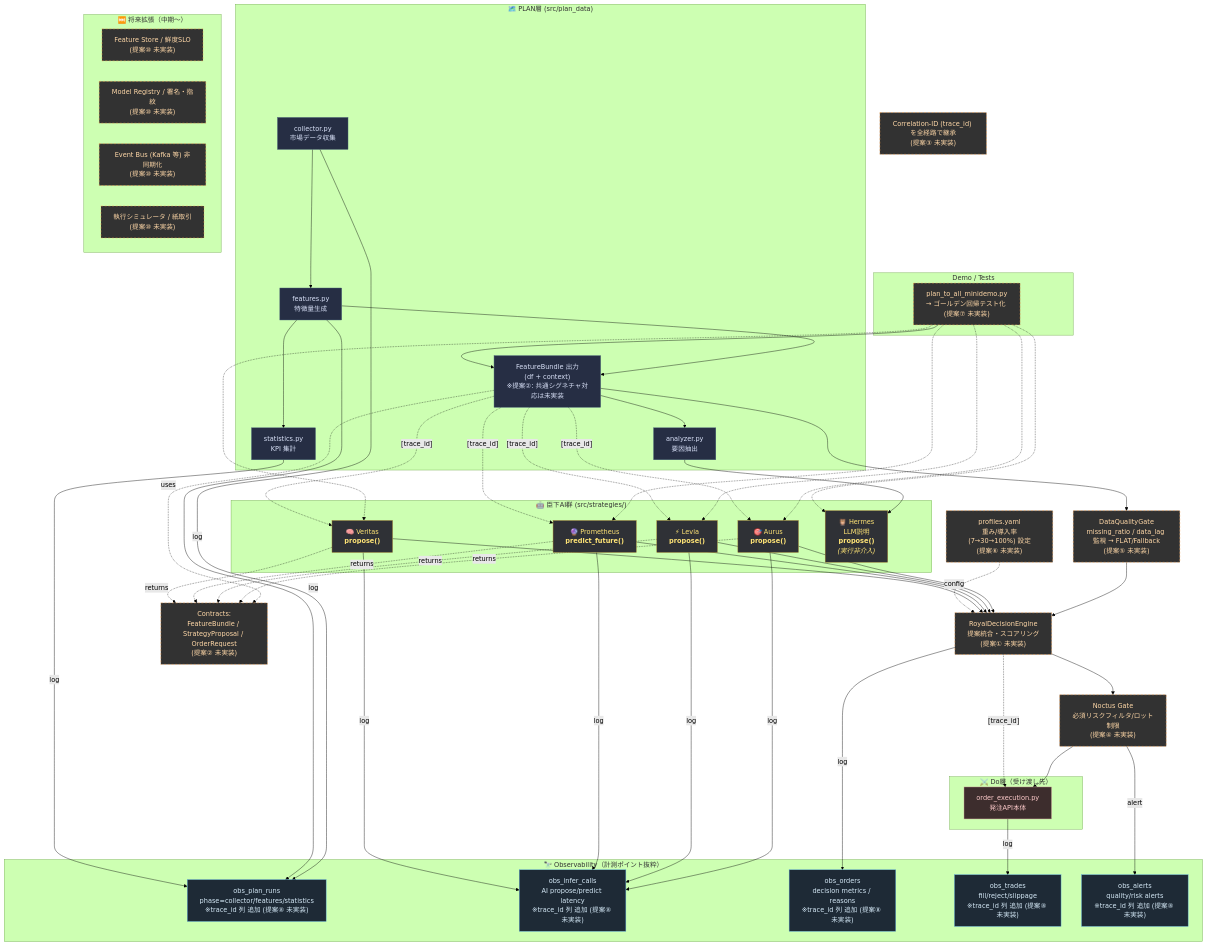
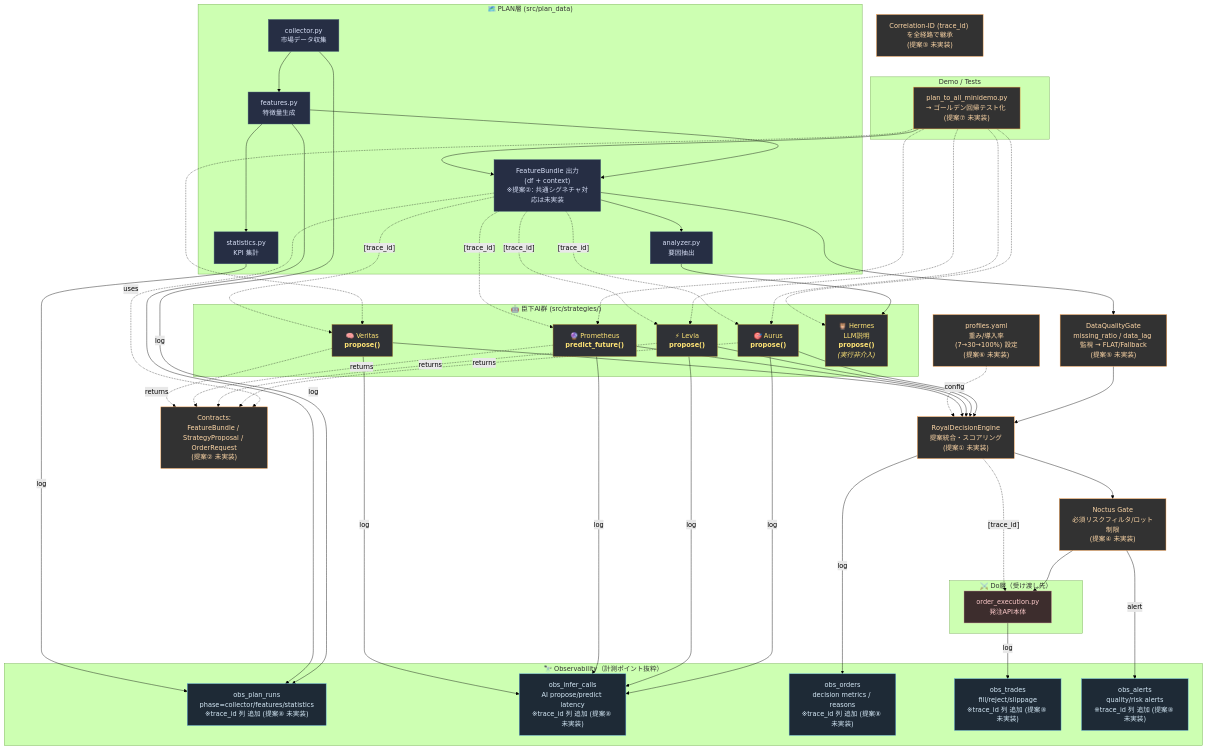
One commit to Noctria/noctria_kingdom changed the diagram in docs/architecture/diagrams/plan_layer.mmd. Above: the diagram before and after it, drawn with Mermaid (forest theme).

````diff
--- a/docs/architecture/diagrams/plan_layer.mmd
+++ b/docs/architecture/diagrams/plan_layer.mmd
@@ -1,117 +1,109 @@
 ```mermaid
 flowchart TD
 
-  %% ======= STYLES =======
-  classDef plan fill:#262e44,stroke:#47617a,color:#d8e0f7;
-  classDef ai fill:#2f3136,stroke:#a97e2c,color:#ffe476;
-  classDef do fill:#3d2d2d,stroke:#cc9999,color:#ffcccc;
-  classDef todo fill:#323232,stroke:#ff9f43,color:#ffd8a8,stroke-dasharray: 5 4;
-  classDef obs fill:#1e2a36,stroke:#5dade2,color:#d6eaf8;
+%% ======= STYLES (GitHub-safe) =======
+classDef plan fill:#262e44,stroke:#47617a,color:#d8e0f7;
+classDef ai fill:#2f3136,stroke:#a97e2c,color:#ffe476;
+classDef do fill:#3d2d2d,stroke:#cc9999,color:#ffcccc;
+classDef todo fill:#323232,stroke:#ff9f43,color:#ffd8a8;
+classDef obs fill:#1e2a36,stroke:#5dade2,color:#d6eaf8;
 
-  %% ======= PLAN 層 =======
-  subgraph PLAN["🗺️ PLAN層 (src/plan_data)"]
-    COLLECT["collector.py<br/>市場データ収集"]:::plan
-    FEATURES["features.py<br/>特徴量生成"]:::plan
-    FEATDF["FeatureBundle 出力<br/>(df + context)<br/>※提案②: 共通シグネチャ対応は未実装"]:::plan
-    ANALYZER["analyzer.py<br/>要因抽出"]:::plan
-    STATS["statistics.py<br/>KPI 集計"]:::plan
-  end
+%% ======= PLAN 層 =======
+subgraph PLAN["🗺️ PLAN層 (src/plan_data)"]
+  COLLECT["collector.py<br/>市場データ収集"]:::plan
+  FEATURES["features.py<br/>特徴量生成"]:::plan
+  FEATDF["FeatureBundle 出力<br/>(df + context)<br/>※提案②: 共通シグネチャ対応は未実装"]:::plan
+  ANALYZER["analyzer.py<br/>要因抽出"]:::plan
+  STATS["statistics.py<br/>KPI 集計"]:::plan
+end
 
-  %% ======= AI 臣下（実行非介入の Hermes を含む） =======
-  subgraph AI_UNDERLINGS["🤖 臣下AI群 (src/strategies/)"]
-    AURUS["🎯 Aurus<br/><b>propose()</b>"]:::ai
-    LEVIA["⚡ Levia<br/><b>propose()</b>"]:::ai
-    PROM["🔮 Prometheus<br/><b>predict_future()</b>"]:::ai
-    VERITAS["🧠 Veritas<br/><b>propose()</b>"]:::ai
-    HERMES["🦉 Hermes<br/>LLM説明<br/><b>propose()</b><br/><i>(実行非介入)</i>"]:::ai
-  end
+%% ======= AI 臣下（Hermesは実行非介入） =======
+subgraph AI_UNDERLINGS["🤖 臣下AI群 (src/strategies/)"]
+  AURUS["🎯 Aurus<br/><b>propose()</b>"]:::ai
+  LEVIA["⚡ Levia<br/><b>propose()</b>"]:::ai
+  PROM["🔮 Prometheus<br/><b>predict_future()</b>"]:::ai
+  VERITAS["🧠 Veritas<br/><b>propose()</b>"]:::ai
+  HERMES["🦉 Hermes<br/>LLM説明<br/><b>propose()</b><br/><i>(実行非介入)</i>"]:::ai
+end
 
-  %% ======= 決定統合＆リスクゲート（未実装） =======
-  DECISION["RoyalDecisionEngine<br/>提案統合・スコアリング<br/>(提案① 未実装)"]:::todo
-  NOCTUSGATE["Noctus Gate<br/>必須リスクフィルタ/ロット制限<br/>(提案④ 未実装)"]:::todo
-  QUALITY["DataQualityGate<br/>missing_ratio / data_lag 監視 → FLAT/Fallback<br/>(提案⑤ 未実装)"]:::todo
-  PROFILES["profiles.yaml<br/>重み/導入率(7→30→100%) 設定<br/>(提案⑥ 未実装)"]:::todo
-  CONTRACTS["Contracts:<br/>FeatureBundle / StrategyProposal / OrderRequest<br/>(提案② 未実装)"]:::todo
-  TRACEID["Correlation-ID (trace_id) を全経路で継承<br/>(提案③ 未実装)"]:::todo
+%% ======= 決定統合＆リスクゲート（未実装） =======
+DECISION["RoyalDecisionEngine<br/>提案統合・スコアリング<br/>(提案① 未実装)"]:::todo
+NOCTUSGATE["Noctus Gate<br/>必須リスクフィルタ/ロット制限<br/>(提案④ 未実装)"]:::todo
+QUALITY["DataQualityGate<br/>missing_ratio / data_lag 監視 → FLAT/Fallback<br/>(提案⑤ 未実装)"]:::todo
+PROFILES["profiles.yaml<br/>重み/導入率(7→30→100%) 設定<br/>(提案⑥ 未実装)"]:::todo
+CONTRACTS["Contracts:<br/>FeatureBundle / StrategyProposal / OrderRequest<br/>(提案② 未実装)"]:::todo
+TRACEID["Correlation-ID (trace_id) を全経路で継承<br/>(提案③ 未実装)"]:::todo
 
-  %% ======= Do 層（受け渡し先） =======
-  subgraph DO_LAYER["⚔️ Do層（受け渡し先）"]
-    ORDER["order_execution.py<br/>発注API本体"]:::do
-  end
+%% ======= Do 層（受け渡し先） =======
+subgraph DO_LAYER["⚔️ Do層（受け渡し先）"]
+  ORDER["order_execution.py<br/>発注API本体"]:::do
+end
 
-  %% ======= Demo / 回帰テスト化（未実装） =======
-  subgraph DEMO["Demo / Tests"]
-    GOLDEN["plan_to_all_minidemo.py<br/>→ ゴールデン回帰テスト化 (提案⑦ 未実装)"]:::todo
-  end
+%% ======= Demo / 回帰テスト化（未実装） =======
+subgraph DEMO["Demo / Tests"]
+  GOLDEN["plan_to_all_minidemo.py<br/>→ ゴールデン回帰テスト化 (提案⑦ 未実装)"]:::todo
+end
 
-  %% ======= Observability（計測ポイント抜粋） =======
-  subgraph OBS["🔭 Observability（計測ポイント抜粋）"]
-    OBS_PLAN["obs_plan_runs<br/>phase=collector/features/statistics<br/>※trace_id 列 追加 (提案⑧ 未実装)"]:::obs
-    OBS_INFER["obs_infer_calls<br/>AI propose/predict latency<br/>※trace_id 列 追加 (提案⑧ 未実装)"]:::obs
-    OBS_ORD["obs_orders<br/>decision metrics / reasons<br/>※trace_id 列 追加 (提案⑧ 未実装)"]:::obs
-    OBS_TRD["obs_trades<br/>fill/reject/slippage<br/>※trace_id 列 追加 (提案⑧ 未実装)"]:::obs
-    OBS_ALT["obs_alerts<br/>quality/risk alerts<br/>※trace_id 列 追加 (提案⑧ 未実装)"]:::obs
-  end
+%% ======= Observability（計測ポイント抜粋） =======
+subgraph OBS["🔭 Observability（計測ポイント抜粋）"]
+  OBS_PLAN["obs_plan_runs<br/>phase=collector/features/statistics<br/>※trace_id 列 追加 (提案⑧ 未実装)"]:::obs
+  OBS_INFER["obs_infer_calls<br/>AI propose/predict latency<br/>※trace_id 列 追加 (提案⑧ 未実装)"]:::obs
+  OBS_ORD["obs_orders<br/>decision metrics / reasons<br/>※trace_id 列 追加 (提案⑧ 未実装)"]:::obs
+  OBS_TRD["obs_trades<br/>fill/reject/slippage<br/>※trace_id 列 追加 (提案⑧ 未実装)"]:::obs
+  OBS_ALT["obs_alerts<br/>quality/risk alerts<br/>※trace_id 列 追加 (提案⑧ 未実装)"]:::obs
+end
 
-  %% ======= 将来拡張（中期〜 長期、未実装） =======
-  subgraph FUTURE["⏭️ 将来拡張（中期〜）"]
-    FEAST["Feature Store / 鮮度SLO<br/>(提案⑩ 未実装)"]:::todo
-    REGISTRY["Model Registry / 署名・指紋<br/>(提案⑩ 未実装)"]:::todo
-    EVENTBUS["Event Bus (Kafka 等) 非同期化<br/>(提案⑩ 未実装)"]:::todo
-    SIM["執行シミュレータ / 紙取引<br/>(提案⑩ 未実装)"]:::todo
-  end
+%% ======= PLAN フロー =======
+COLLECT --> FEATURES --> STATS
+FEATURES --> FEATDF
+FEATDF --> ANALYZER
+ANALYZER --> HERMES
 
-  %% ======= PLAN フロー =======
-  COLLECT --> FEATURES --> STATS
-  FEATURES --> FEATDF
-  FEATDF --> ANALYZER
-  ANALYZER --> HERMES
+%% ======= Contracts（未実装の連携） =======
+FEATDF -. "uses" .-> CONTRACTS
+AURUS -. "returns" .-> CONTRACTS
+LEVIA -. "returns" .-> CONTRACTS
+PROM  -. "returns" .-> CONTRACTS
+VERITAS -. "returns" .-> CONTRACTS
 
-  %% ======= Contracts（未実装の連携） =======
-  FEATDF -. uses .-> CONTRACTS
-  AURUS -. returns .-> CONTRACTS
-  LEVIA -. returns .-> CONTRACTS
-  PROM  -. returns .-> CONTRACTS
-  VERITAS -. returns .-> CONTRACTS
+%% ======= 決定統合パス（未実装） =======
+FEATDF --> QUALITY
+QUALITY --> DECISION
+AURUS --> DECISION
+LEVIA --> DECISION
+PROM --> DECISION
+VERITAS --> DECISION
+PROFILES -. "config" .-> DECISION
+DECISION --> NOCTUSGATE
+NOCTUSGATE --> ORDER
 
-  %% ======= 決定統合パス（未実装） =======
-  FEATDF --> QUALITY
-  QUALITY --> DECISION
-  AURUS --> DECISION
-  LEVIA --> DECISION
-  PROM --> DECISION
-  VERITAS --> DECISION
-  PROFILES -. config .-> DECISION
-  DECISION --> NOCTUSGATE
-  NOCTUSGATE --> ORDER
+%% ======= Demo 経路 =======
+GOLDEN --> FEATDF
+GOLDEN -.-> AURUS
+GOLDEN -.-> LEVIA
+GOLDEN -.-> PROM
+GOLDEN -.-> VERITAS
+GOLDEN -.-> HERMES
 
-  %% ======= Demo 経路 =======
-  GOLDEN --> FEATDF
-  GOLDEN -.-> AURUS
-  GOLDEN -.-> LEVIA
-  GOLDEN -.-> PROM
-  GOLDEN -.-> VERITAS
-  GOLDEN -.-> HERMES
+%% ======= Observability タップ =======
+COLLECT  -->|log| OBS_PLAN
+FEATURES -->|log| OBS_PLAN
+STATS    -->|log| OBS_PLAN
+AURUS    -->|log| OBS_INFER
+LEVIA    -->|log| OBS_INFER
+PROM     -->|log| OBS_INFER
+VERITAS  -->|log| OBS_INFER
+DECISION -->|log| OBS_ORD
+NOCTUSGATE -->|alert| OBS_ALT
+ORDER    -->|log| OBS_TRD
 
-  %% ======= Observability タップ =======
-  COLLECT  -->|log| OBS_PLAN
-  FEATURES -->|log| OBS_PLAN
-  STATS    -->|log| OBS_PLAN
-  AURUS    -->|log| OBS_INFER
-  LEVIA    -->|log| OBS_INFER
-  PROM     -->|log| OBS_INFER
-  VERITAS  -->|log| OBS_INFER
-  DECISION -->|log| OBS_ORD
-  NOCTUSGATE -->|alert| OBS_ALT
-  ORDER    -->|log| OBS_TRD
+%% ======= trace_id 注釈（未実装） =======
+FEATDF -. "[trace_id]" .-> AURUS
+FEATDF -. "[trace_id]" .-> LEVIA
+FEATDF -. "[trace_id]" .-> PROM
+FEATDF -. "[trace_id]" .-> VERITAS
+DECISION -. "[trace_id]" .-> ORDER
 
-  %% ======= trace_id 注釈（未実装） =======
-  FEATDF -. "[trace_id]" .-> AURUS
-  FEATDF -. "[trace_id]" .-> LEVIA
-  FEATDF -. "[trace_id]" .-> PROM
-  FEATDF -. "[trace_id]" .-> VERITAS
-  DECISION -. "[trace_id]" .-> ORDER
-
-  %% ======= クリック参照 =======
-  click GOLDEN "https://github.com/your_repo/src/plan_data/plan_to_all_minidemo.py" "サンプル実装ファイル"
+%% NOTE: クリックリンクは一部レンダラで弾かれるため無効化
+%% click GOLDEN "https://github.com/your_repo/src/plan_data/plan_to_all_minidemo.py" "サンプル実装ファイル"
 ```
````
